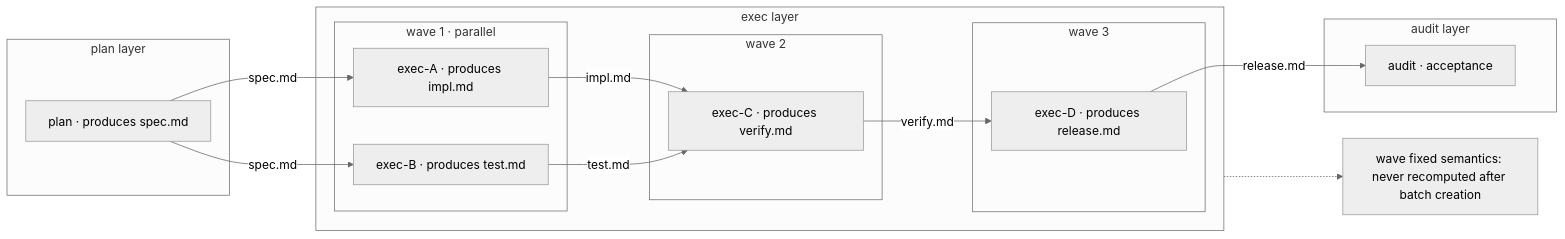
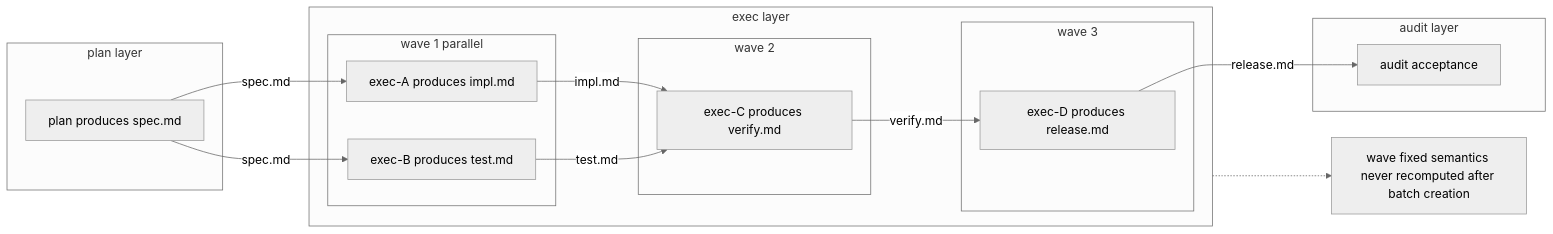
The first of 3 diagrams in README.en.md (Punky971210/dsh-punky-swarm), drawn with Mermaid (neutral theme) before and after one commit. The commit also changed other lines of this file and 4 other files, not shown here.

Commit message:
docs: mermaid syntax compat fix, simplify why section

````diff
--- a/README.en.md
+++ b/README.en.md
@@ -43,29 +43,29 @@
 ```mermaid
 flowchart LR
-  subgraph PLAN["plan layer"]
-    P["plan · produces spec.md"]
+  subgraph PLAN[plan layer]
+    P["plan produces spec.md"]
   end
-  subgraph EXEC["exec layer"]
-    subgraph W1["wave 1 · parallel"]
-      A1["exec-A · produces impl.md"]
-      A2["exec-B · produces test.md"]
+  subgraph EXEC[exec layer]
+    subgraph W1[wave 1 parallel]
+      A1["exec-A produces impl.md"]
+      A2["exec-B produces test.md"]
     end
-    subgraph W2["wave 2"]
-      A3["exec-C · produces verify.md"]
+    subgraph W2[wave 2]
+      A3["exec-C produces verify.md"]
     end
-    subgraph W3["wave 3"]
-      A4["exec-D · produces release.md"]
+    subgraph W3[wave 3]
+      A4["exec-D produces release.md"]
     end
   end
-  subgraph AUDIT["audit layer"]
-    AU["audit · acceptance"]
+  subgraph AUDIT[audit layer]
+    AU["audit acceptance"]
   end
   P -->|"spec.md"| A1
   P -->|"spec.md"| A2
   A1 -->|"impl.md"| A3
   A2 -->|"test.md"| A3
   A3 -->|"verify.md"| A4
   A4 -->|"release.md"| AU
-  NOTE["wave fixed semantics: never recomputed after batch creation"]
+  NOTE["wave fixed semantics never recomputed after batch creation"]
   EXEC -.-> NOTE
 ```
````
